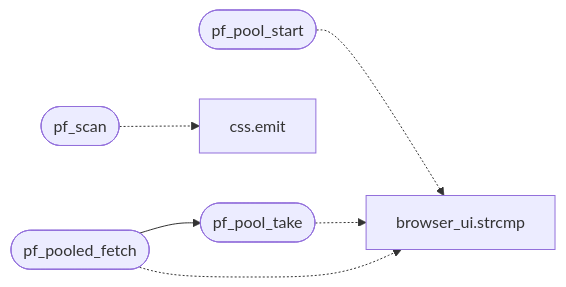
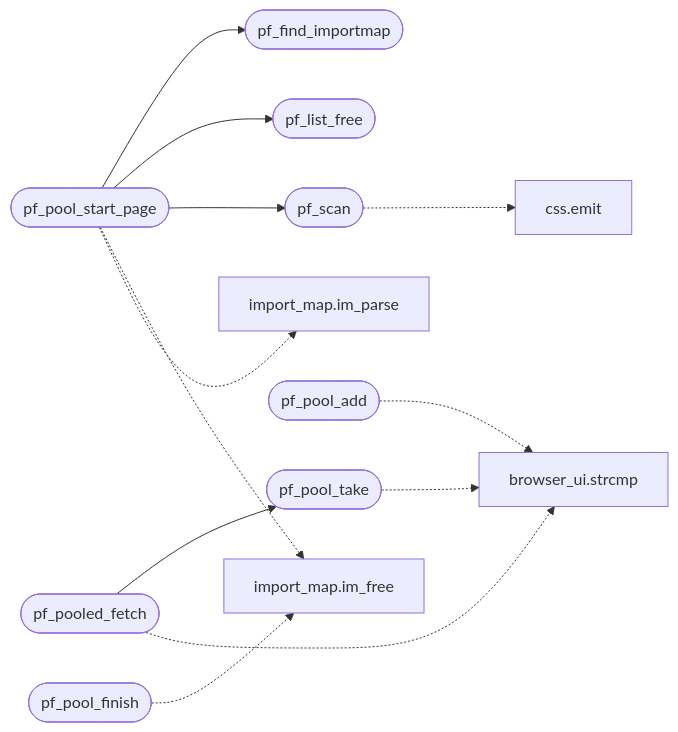
One commit to grisuno/FreeDom changed the diagram in readmenator-apidocs/modules/src.prefetch.c.md. Above: the diagram before and after it, drawn with Mermaid. The commit also changed other lines of this file and 323 other files, not shown here.

````diff
--- a/readmenator-apidocs/modules/src.prefetch.c.md
+++ b/readmenator-apidocs/modules/src.prefetch.c.md
@@ -15,14 +15,26 @@
 ```mermaid
 flowchart LR
+    n_src_prefetch_c__pf_pool_start_page(["pf_pool_start_page"])
+    n_src_prefetch_c__pf_find_importmap(["pf_find_importmap"])
+    n_src_prefetch_c__pf_list_free(["pf_list_free"])
+    n_src_prefetch_c__pf_scan(["pf_scan"])
     n_src_prefetch_c__pf_pooled_fetch(["pf_pooled_fetch"])
     n_src_prefetch_c__pf_pool_take(["pf_pool_take"])
-    n_src_prefetch_c__pf_scan(["pf_scan"])
     n_src_css_c__emit["css.emit"]
-    n_src_prefetch_c__pf_pool_start(["pf_pool_start"])
+    n_src_prefetch_c__pf_pool_add(["pf_pool_add"])
     n_gui_browser_ui_c__strcmp["browser_ui.strcmp"]
+    n_include_import_map_h__im_free["import_map.im_free"]
+    n_src_import_map_c__im_parse["import_map.im_parse"]
+    n_src_prefetch_c__pf_pool_finish(["pf_pool_finish"])
+    n_src_prefetch_c__pf_pool_start_page --> n_src_prefetch_c__pf_find_importmap
+    n_src_prefetch_c__pf_pool_start_page --> n_src_prefetch_c__pf_list_free
+    n_src_prefetch_c__pf_pool_start_page --> n_src_prefetch_c__pf_scan
     n_src_prefetch_c__pf_pooled_fetch --> n_src_prefetch_c__pf_pool_take
     n_src_prefetch_c__pf_scan -.-> n_src_css_c__emit
-    n_src_prefetch_c__pf_pool_start -.-> n_gui_browser_ui_c__strcmp
+    n_src_prefetch_c__pf_pool_add -.-> n_gui_browser_ui_c__strcmp
     n_src_prefetch_c__pf_pool_take -.-> n_gui_browser_ui_c__strcmp
+    n_src_prefetch_c__pf_pool_start_page -.-> n_include_import_map_h__im_free
+    n_src_prefetch_c__pf_pool_start_page -.-> n_src_import_map_c__im_parse
+    n_src_prefetch_c__pf_pool_finish -.-> n_include_import_map_h__im_free
     n_src_prefetch_c__pf_pooled_fetch -.-> n_gui_browser_ui_c__strcmp
 ```
````
